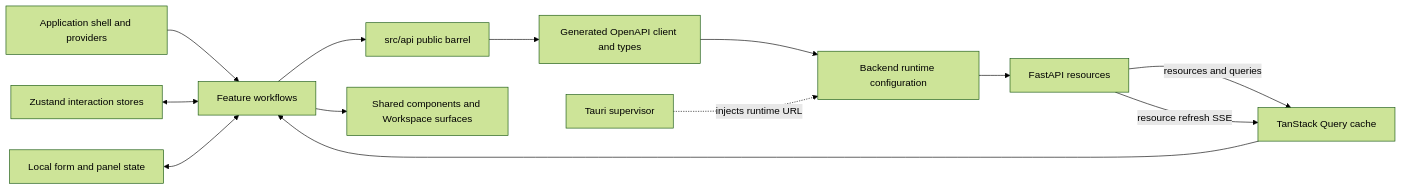
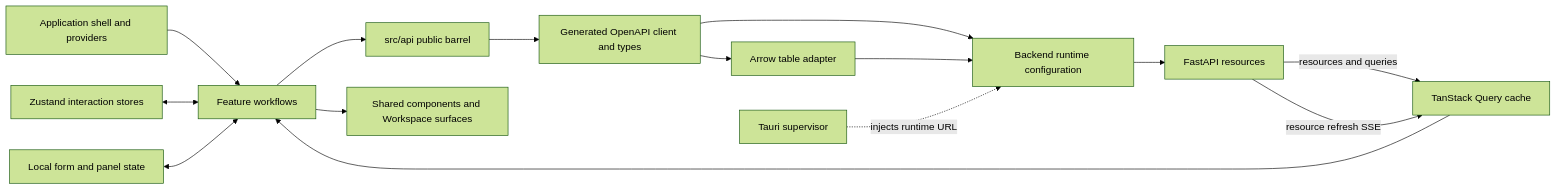
The diagram in docs/architecture/frontend/overview.md (Australian-Text-Analytics-Platform/ldaca_web_app), drawn with Mermaid (forest theme) before and after one commit. The commit also changed other lines of this file and 104 other files, not shown here.

````diff
--- a/docs/architecture/frontend/overview.md
+++ b/docs/architecture/frontend/overview.md
@@ -8,17 +8,19 @@
 ```mermaid
 flowchart LR
     SHELL["Application shell and providers"] --> FEATURES["Feature workflows"]
     FEATURES --> API["src/api public barrel"]
     API --> GENERATED["Generated OpenAPI client and types"]
+    GENERATED --> TABLES["Arrow table adapter"]
     GENERATED --> RUNTIME["Backend runtime configuration"]
+    TABLES --> RUNTIME
     RUNTIME --> BACKEND["FastAPI resources"]
 
     BACKEND -->|"resources and queries"| QUERY["TanStack Query cache"]
     BACKEND -->|"resource refresh SSE"| QUERY
     QUERY --> FEATURES
     STORES["Zustand interaction stores"] <--> FEATURES
     LOCAL["Local form and panel state"] <--> FEATURES
     FEATURES --> UI["Shared components and Workspace surfaces"]
 
     TAURI["Tauri supervisor"] -. "injects runtime URL" .-> RUNTIME
 ```
````
